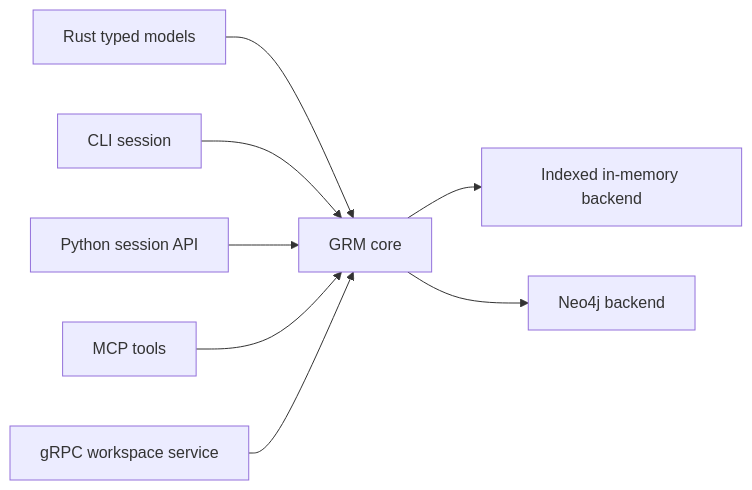
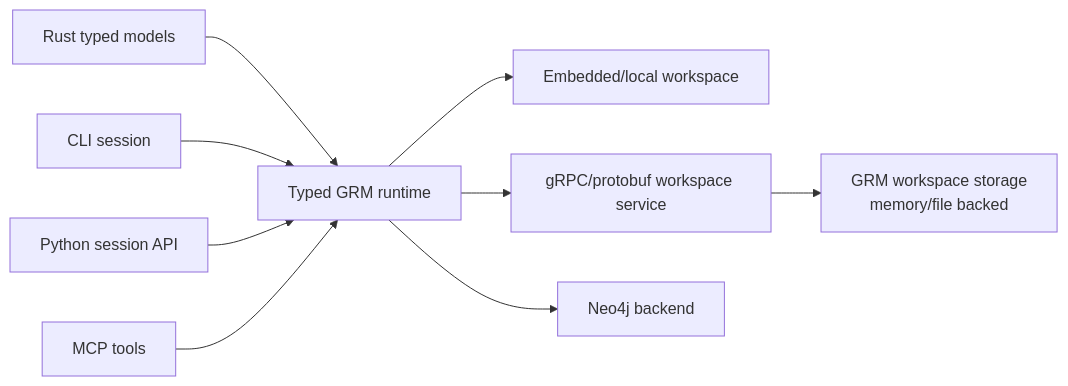
The first of 2 diagrams in README.md (poppaLol/grm-rs), drawn with Mermaid before and after one commit. The commit also changed other lines of this file, not shown here.

Commit message:
docs: update central readme

````diff
--- a/README.md
+++ b/README.md
@@ -16,10 +16,13 @@
 ```mermaid
 flowchart LR
-    Rust[Rust typed models] --> Core[GRM core]
-    CLI[CLI session] --> Core
-    Python[Python session API] --> Core
-    MCP[MCP tools] --> Core
-    gRPC[gRPC workspace service] --> Core
-    Core --> Memory[Indexed in-memory backend]
-    Core --> Neo4j[Neo4j backend]
+    Rust[Rust typed models] --> Runtime[Typed GRM runtime]
+    CLI[CLI session] --> Runtime
+    Python[Python session API] --> Runtime
+    MCP[MCP tools] --> Runtime
+
+    Runtime --> Embedded[Embedded/local workspace]
+    Runtime --> Service[gRPC/protobuf workspace service]
+    Runtime --> Neo4j[Neo4j backend]
+
+    Service --> Workspace[GRM workspace storage\nmemory/file backed]
 ```
````
